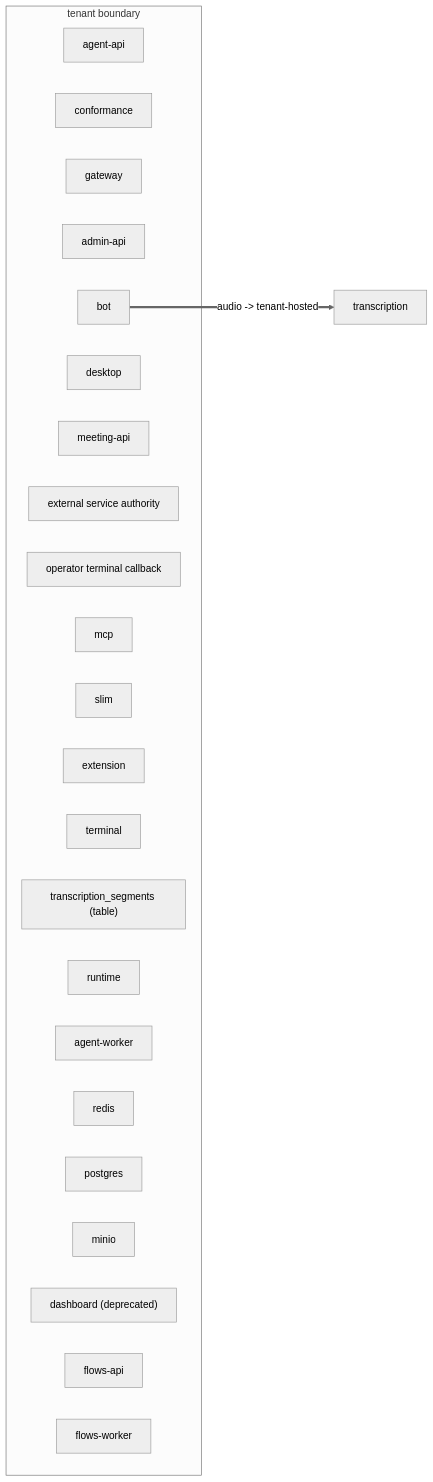
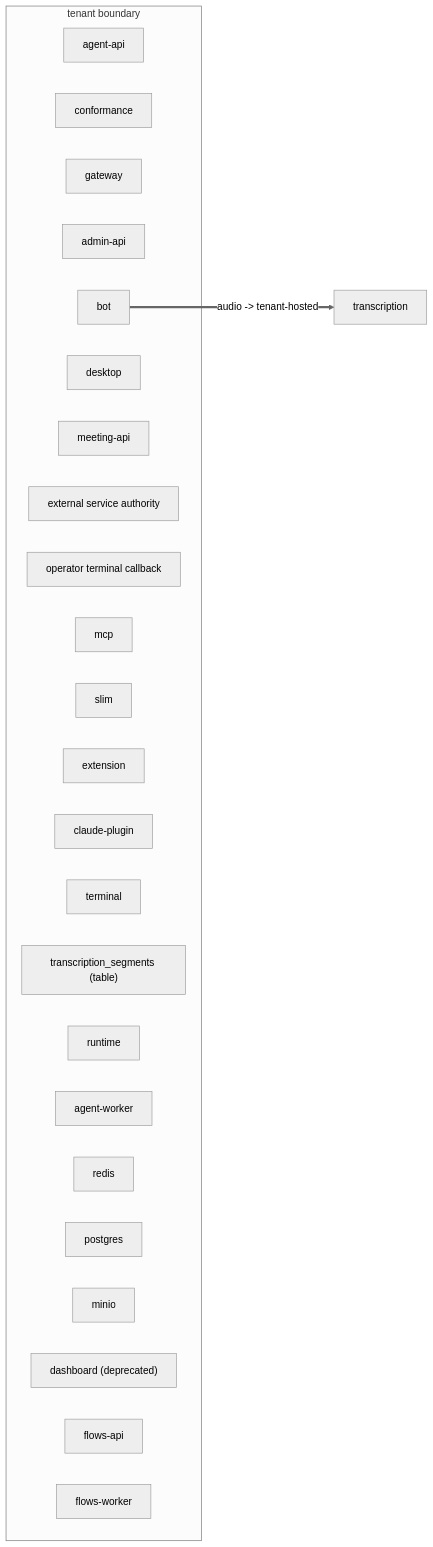
One commit to Vexa-ai/vexa changed the diagram in docs/views/egress.mmd. Above: the diagram before and after it, drawn with Mermaid (neutral theme). The commit also changed 13 other files, not shown here.

First line of the commit message:
distribution: Claude Code plugin, MCP registry server.json, glama.json (#1638)

```diff
--- a/docs/views/egress.mmd
+++ b/docs/views/egress.mmd
@@ -1,28 +1,29 @@
 %% GENERATED — pnpm arch:dsl --write
 flowchart LR
   subgraph tenant["tenant boundary"]
     agent_api["agent-api"]
     conformance["conformance"]
     gateway["gateway"]
     admin_api["admin-api"]
     bot["bot"]
     desktop["desktop"]
     meeting_api["meeting-api"]
     service_authority["external service authority"]
     system_webhook["operator terminal callback"]
     mcp["mcp"]
     slim["slim"]
     extension["extension"]
+    claude_plugin["claude-plugin"]
     terminal["terminal"]
     segments_table["transcription_segments (table)"]
     runtime["runtime"]
     agent_worker["agent-worker"]
     redis["redis"]
     postgres["postgres"]
     minio["minio"]
     dashboard["dashboard (deprecated)"]
     flows_api["flows-api"]
     flows_worker["flows-worker"]
   end
   transcription["transcription"]
   bot ==>|"audio -> tenant-hosted"| transcription
```
